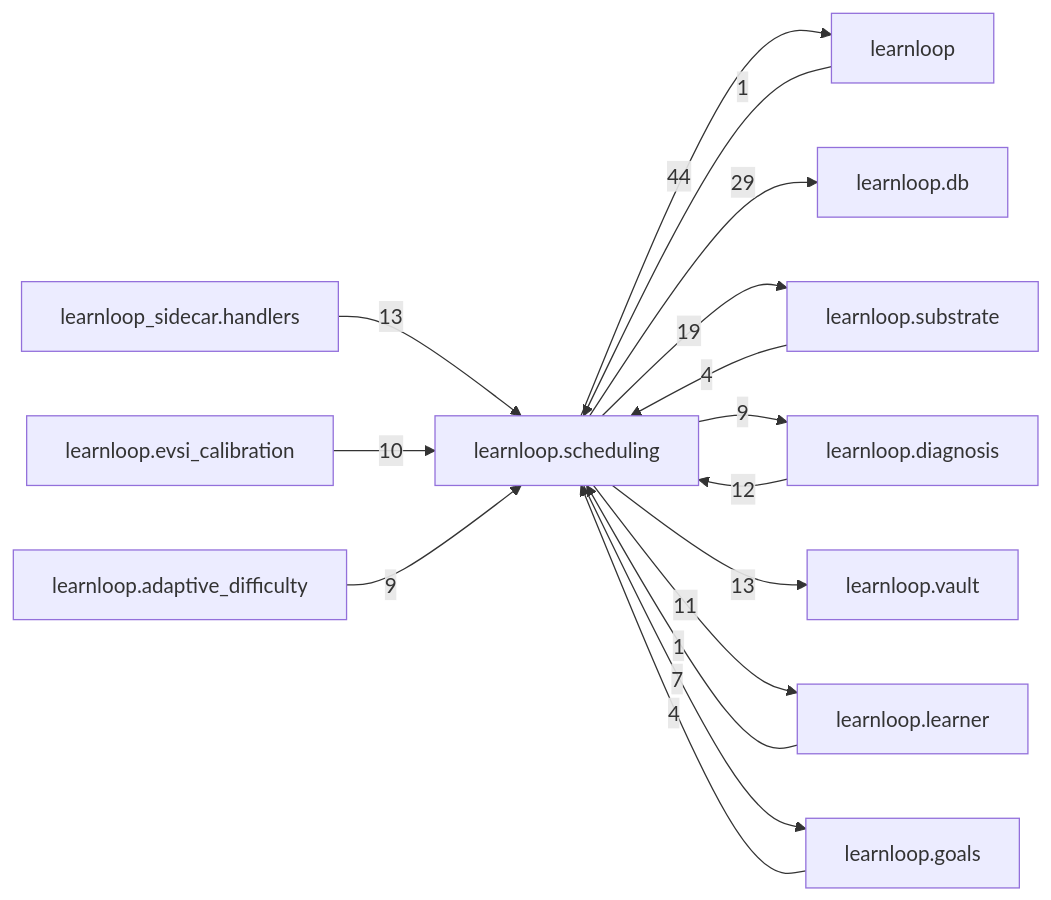
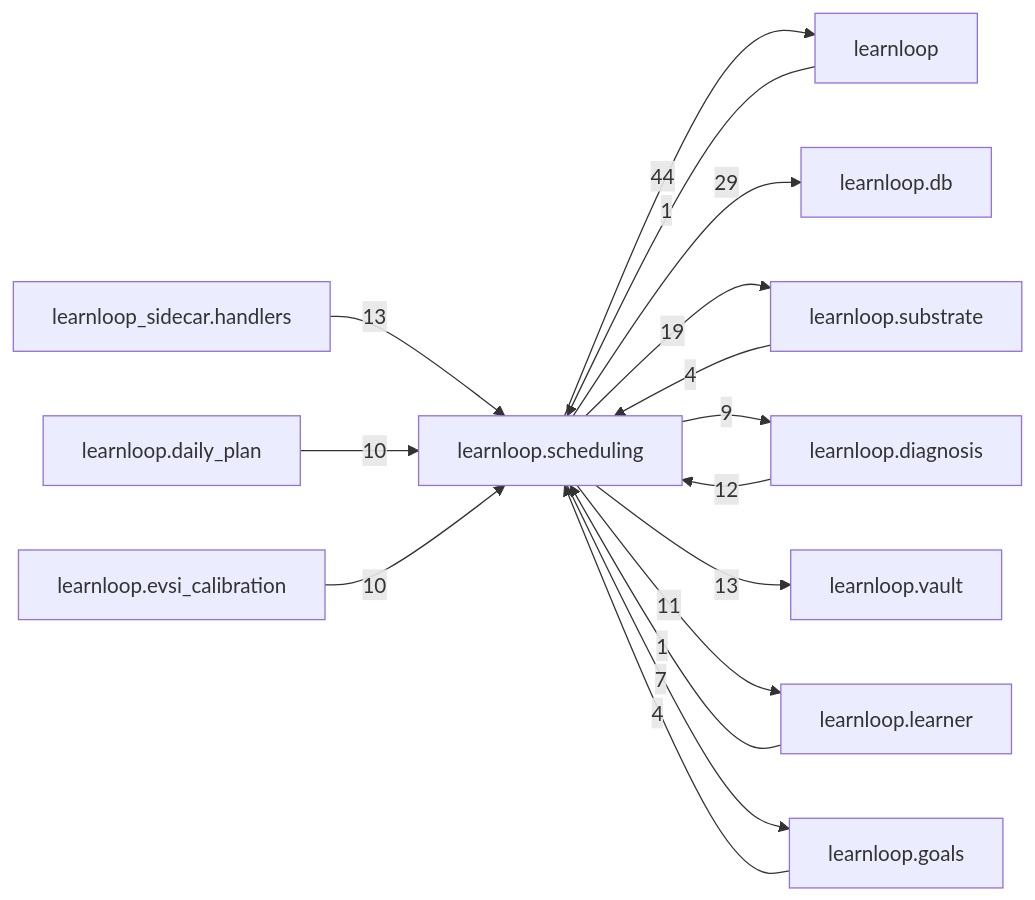
One commit to 6up-b/learnanything changed the diagram in docs/learnloop-architecture-vault/Reference/Modules/learnloop/scheduling/_package.md. Above: the diagram before and after it, drawn with Mermaid. The commit also changed other lines of this file and 601 other files, not shown here.

````diff
--- a/docs/learnloop-architecture-vault/Reference/Modules/learnloop/scheduling/_package.md
+++ b/docs/learnloop-architecture-vault/Reference/Modules/learnloop/scheduling/_package.md
@@ -181,29 +181,29 @@
 ```mermaid
 flowchart LR
     center["learnloop.scheduling"]
     n_learnloop["learnloop"]
     n_learnloop_db["learnloop.db"]
     n_learnloop_substrate["learnloop.substrate"]
     n_learnloop_diagnosis["learnloop.diagnosis"]
     n_learnloop_vault["learnloop.vault"]
     n_learnloop_sidecar_handlers["learnloop_sidecar.handlers"]
     n_learnloop_learner["learnloop.learner"]
     n_learnloop_goals["learnloop.goals"]
+    n_learnloop_daily_plan["learnloop.daily_plan"]
     n_learnloop_evsi_calibration["learnloop.evsi_calibration"]
-    n_learnloop_adaptive_difficulty["learnloop.adaptive_difficulty"]
     n_learnloop -->|1| center
     center -->|44| n_learnloop
     center -->|29| n_learnloop_db
     n_learnloop_substrate -->|4| center
     center -->|19| n_learnloop_substrate
     n_learnloop_diagnosis -->|12| center
     center -->|9| n_learnloop_diagnosis
     center -->|13| n_learnloop_vault
     n_learnloop_sidecar_handlers -->|13| center
     n_learnloop_learner -->|1| center
     center -->|11| n_learnloop_learner
     n_learnloop_goals -->|4| center
     center -->|7| n_learnloop_goals
+    n_learnloop_daily_plan -->|10| center
     n_learnloop_evsi_calibration -->|10| center
-    n_learnloop_adaptive_difficulty -->|9| center
 ```
````
